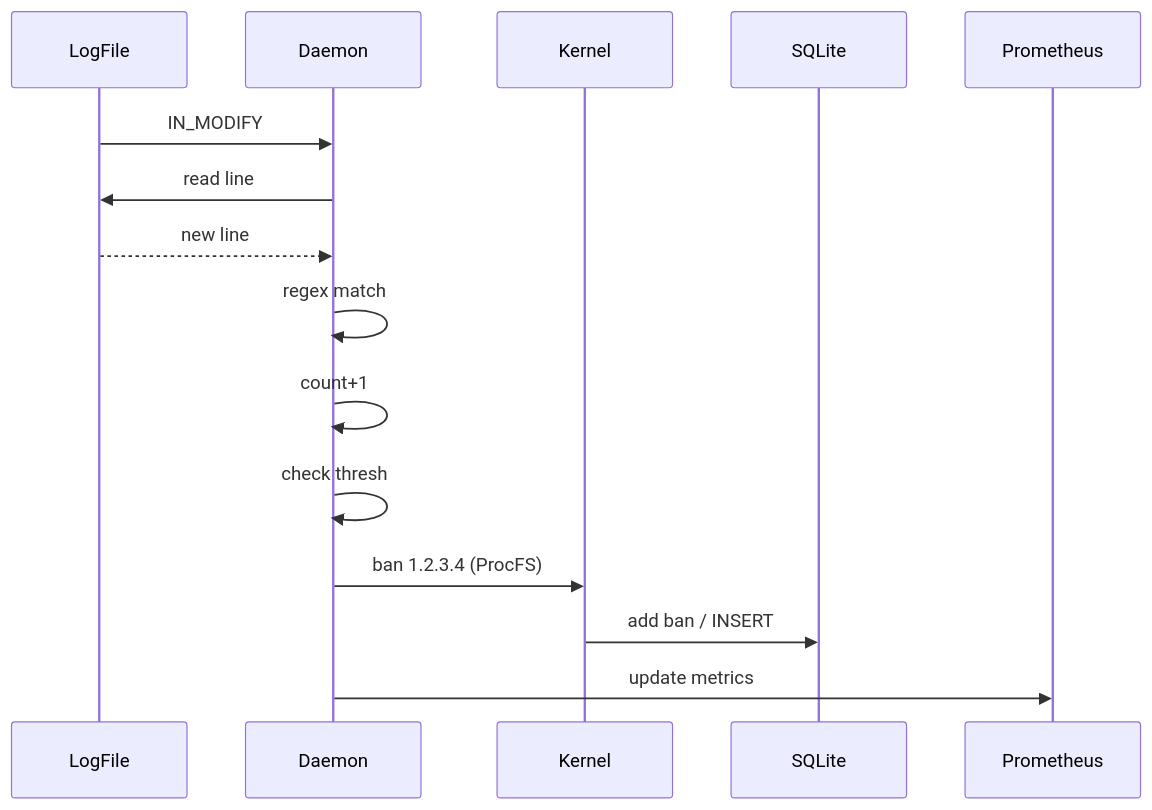
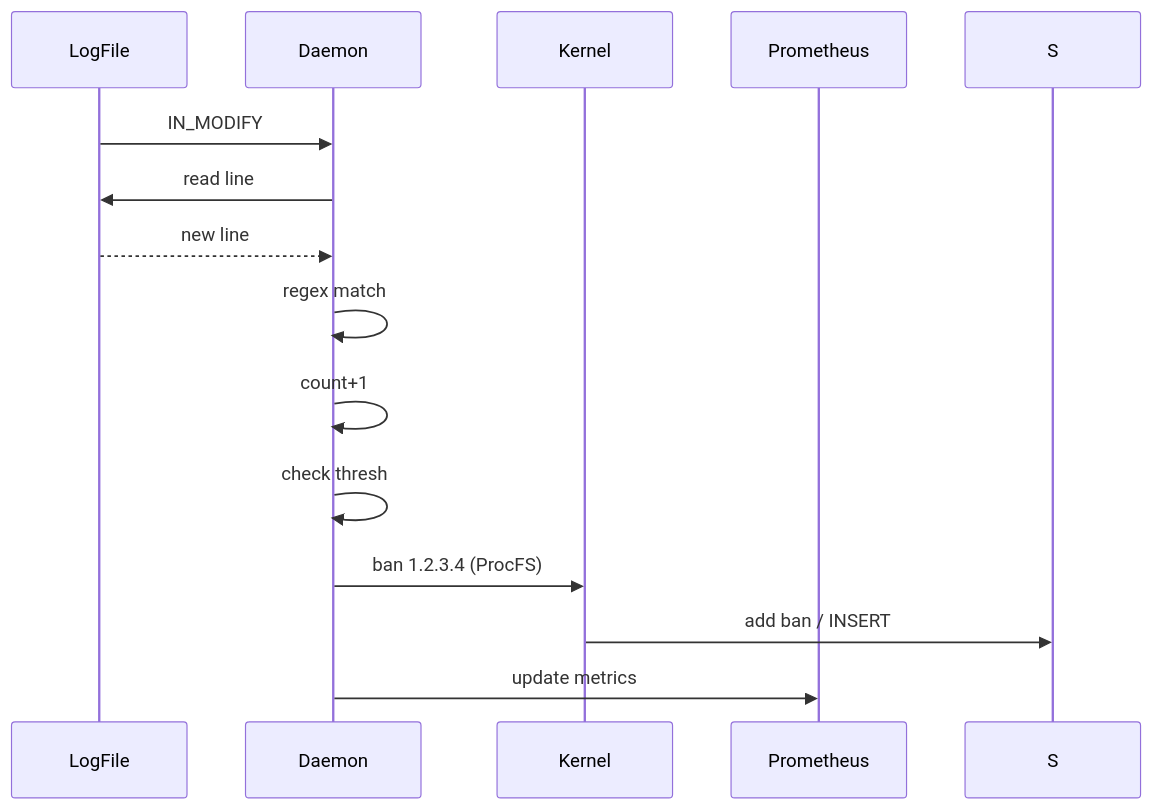
One commit to SnowCore8/linux-firewall-kmod changed the sixth of 7 diagrams in docs/en/architecture/data-flow.md. Above: the diagram before and after it, drawn with Mermaid. The commit also changed other lines of this file and 39 other files, not shown here.

````diff
--- a/docs/en/architecture/data-flow.md
+++ b/docs/en/architecture/data-flow.md
@@ -112,18 +108,17 @@
 ```mermaid
 sequenceDiagram
     participant L as LogFile
     participant D as Daemon
     participant K as Kernel
-    participant S as SQLite
     participant P as Prometheus
 
     L->>D: IN_MODIFY
     D->>L: read line
     L-->>D: new line
     D->>D: regex match
     D->>D: count+1
     D->>D: check thresh
     D->>K: ban 1.2.3.4 (ProcFS)
     K->>S: add ban / INSERT
     D->>P: update metrics
 ```
````
